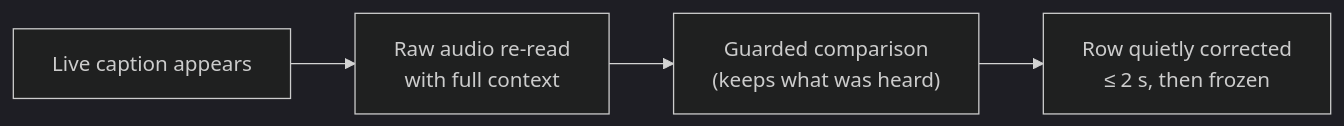
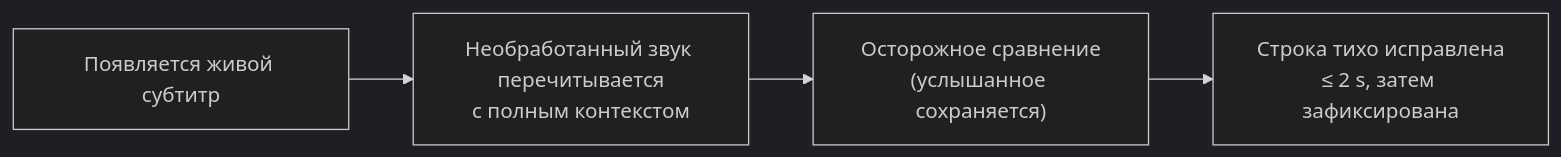
Before and after one commit to rpalm01-star/VigilantEarLegal: the third of 4 diagrams in README_ru.md, drawn with Mermaid (dark theme). The commit also changed other lines of this file and 29 other files, not shown here.

````diff
--- a/README_ru.md
+++ b/README_ru.md
@@ -149,4 +157,4 @@
 ```mermaid
 graph LR
-    L["Live caption appears"] --> K["Raw audio re-read<br/>with full context"] --> V["Guarded comparison<br/>(keeps what was heard)"] --> W["Row quietly corrected<br/>≤ 2 s, then frozen"]
+    L["Появляется живой субтитр"] --> K["Необработанный звук перечитывается<br/>с полным контекстом"] --> V["Осторожное сравнение<br/>(услышанное сохраняется)"] --> W["Строка тихо исправлена<br/>≤ 2 s, затем зафиксирована"]
 ```
````
